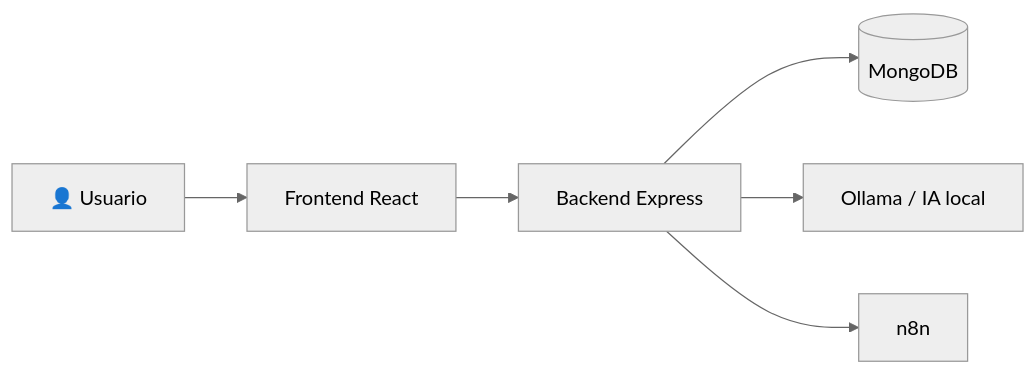
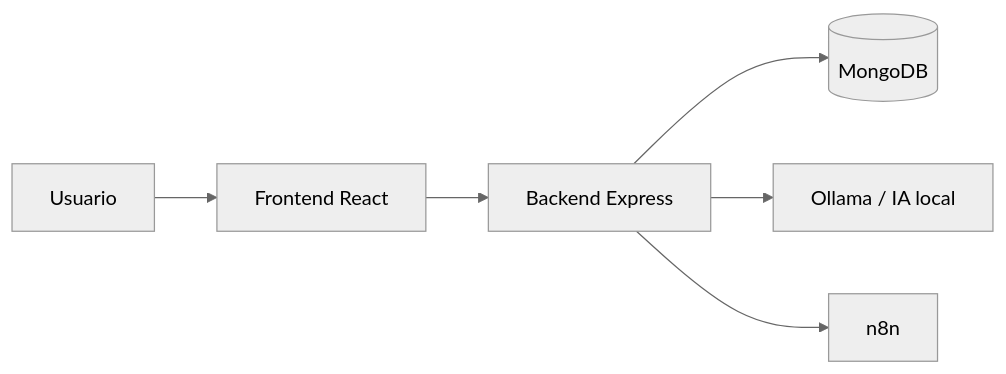
The first of 6 diagrams in PPT_IMPLEMENTACION_DEMOSTRACION_ICACIT.md (Nilton-Lazo/proyecto-mern-ia), drawn with Mermaid (neutral theme) before and after one commit. The commit also changed other lines of this file and 1 other file, not shown here.

````diff
--- a/PPT_IMPLEMENTACION_DEMOSTRACION_ICACIT.md
+++ b/PPT_IMPLEMENTACION_DEMOSTRACION_ICACIT.md
@@ -32,8 +65,8 @@
 ```mermaid
 flowchart LR
-    U[👤 Usuario] --> FE[Frontend React]
+    U[Usuario] --> FE[Frontend React]
     FE --> BE[Backend Express]
     BE --> DB[(MongoDB)]
     BE --> IA[Ollama / IA local]
     BE --> N8[n8n]
 ```
````
